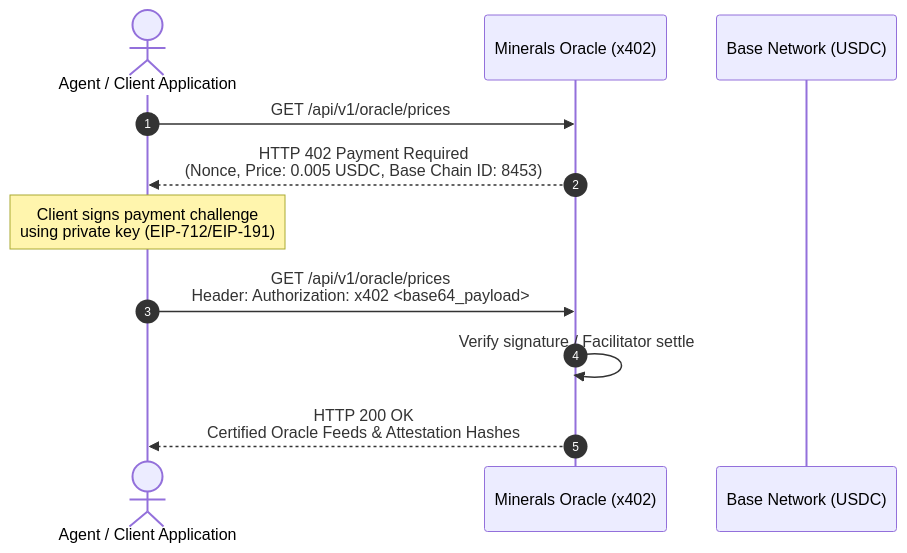
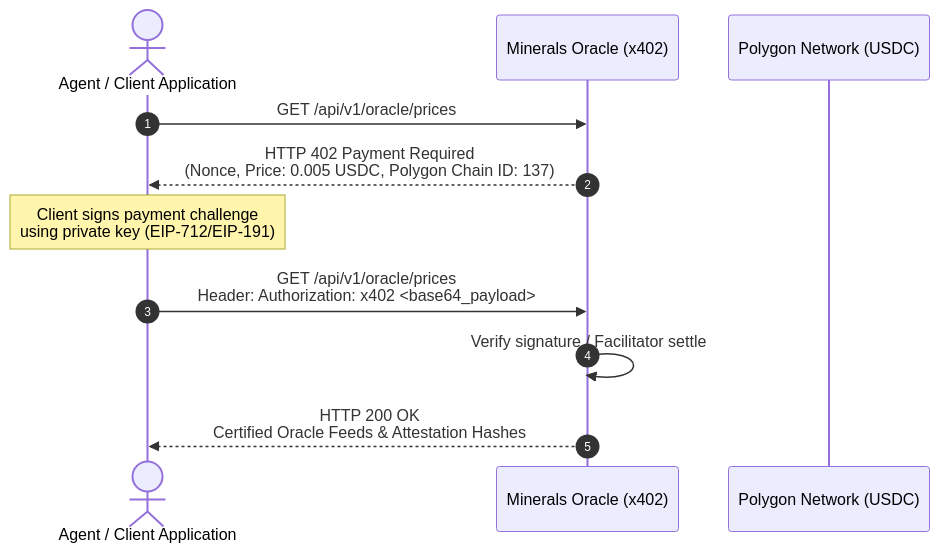
Before and after one commit to nohosa001-pixel/minerals-oracle-x402: the diagram in README.md, drawn with Mermaid. The commit also changed other lines of this file and 21 other files, not shown here.

Commit message:
feat(network): switch payment settlement from Base to Polygon (Chain ID 137) with x402 & UI updates

````diff
--- a/README.md
+++ b/README.md
@@ -133,14 +133,14 @@
 ```mermaid
 sequenceDiagram
     autonumber
     actor Client as Agent / Client Application
     participant Oracle as Minerals Oracle (x402)
-    participant Base as Base Network (USDC)
+    participant Polygon as Polygon Network (USDC)
 
     Client->>Oracle: GET /api/v1/oracle/prices
-    Oracle-->>Client: HTTP 402 Payment Required<br/>(Nonce, Price: 0.005 USDC, Base Chain ID: 8453)
+    Oracle-->>Client: HTTP 402 Payment Required<br/>(Nonce, Price: 0.005 USDC, Polygon Chain ID: 137)
     Note over Client: Client signs payment challenge<br/>using private key (EIP-712/EIP-191)
     Client->>Oracle: GET /api/v1/oracle/prices<br/>Header: Authorization: x402 <base64_payload>
     Oracle->>Oracle: Verify signature / Facilitator settle
     Oracle-->>Client: HTTP 200 OK<br/>Certified Oracle Feeds & Attestation Hashes
 ```
````
